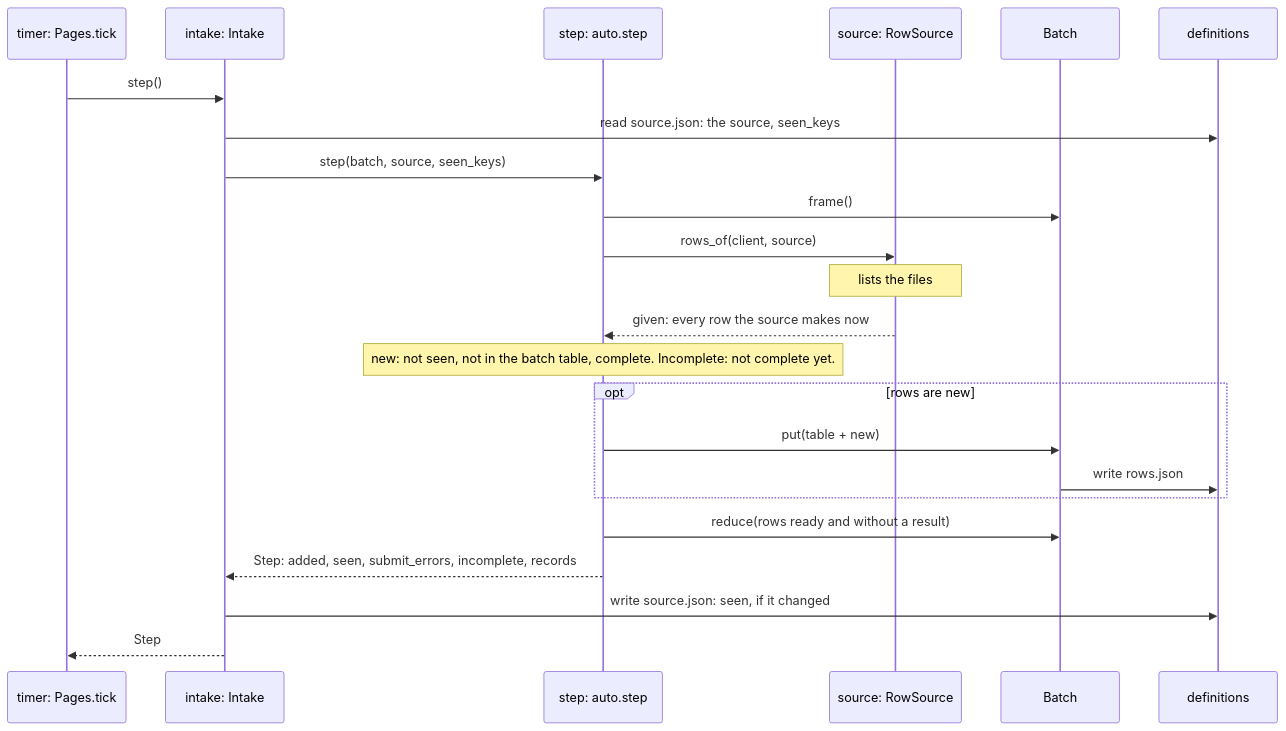
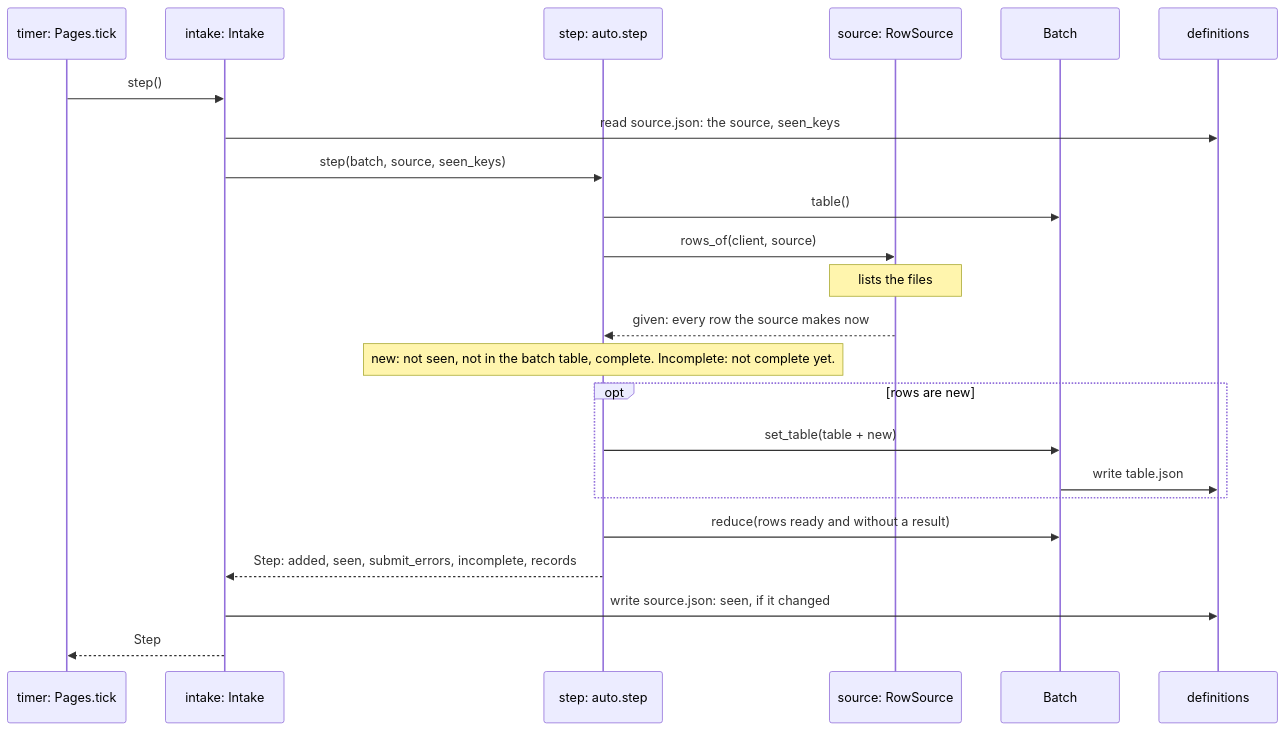
One commit to scipp/essapps changed the fifth of 5 diagrams in packages/essbatch/docs/batch.md. Above: the diagram before and after it, drawn with Mermaid. The commit also changed other lines of this file and 42 other files, not shown here.

First line of the commit message:
Rename Batch.put to set_table, Batch.frame to table, rows= to table=

````diff
--- a/packages/essbatch/docs/batch.md
+++ b/packages/essbatch/docs/batch.md
@@ -582,25 +582,25 @@
 ```mermaid
 sequenceDiagram
     participant timer as timer: Pages.tick
     participant intake as intake: Intake
     participant step as step: auto.step
     participant source as source: RowSource
     participant batch as Batch
     participant definitions
     timer->>intake: step()
     intake->>definitions: read source.json: the source, seen_keys
     intake->>step: step(batch, source, seen_keys)
-    step->>batch: frame()
+    step->>batch: table()
     step->>source: rows_of(client, source)
     Note over source: lists the files
     source-->>step: given: every row the source makes now
     Note over step: new: not seen, not in the batch table, complete. Incomplete: not complete yet.
     opt rows are new
-        step->>batch: put(table + new)
-        batch->>definitions: write rows.json
+        step->>batch: set_table(table + new)
+        batch->>definitions: write table.json
     end
     step->>batch: reduce(rows ready and without a result)
     step-->>intake: Step: added, seen, submit_errors, incomplete, records
     intake->>definitions: write source.json: seen, if it changed
     intake-->>timer: Step
 ```
````
